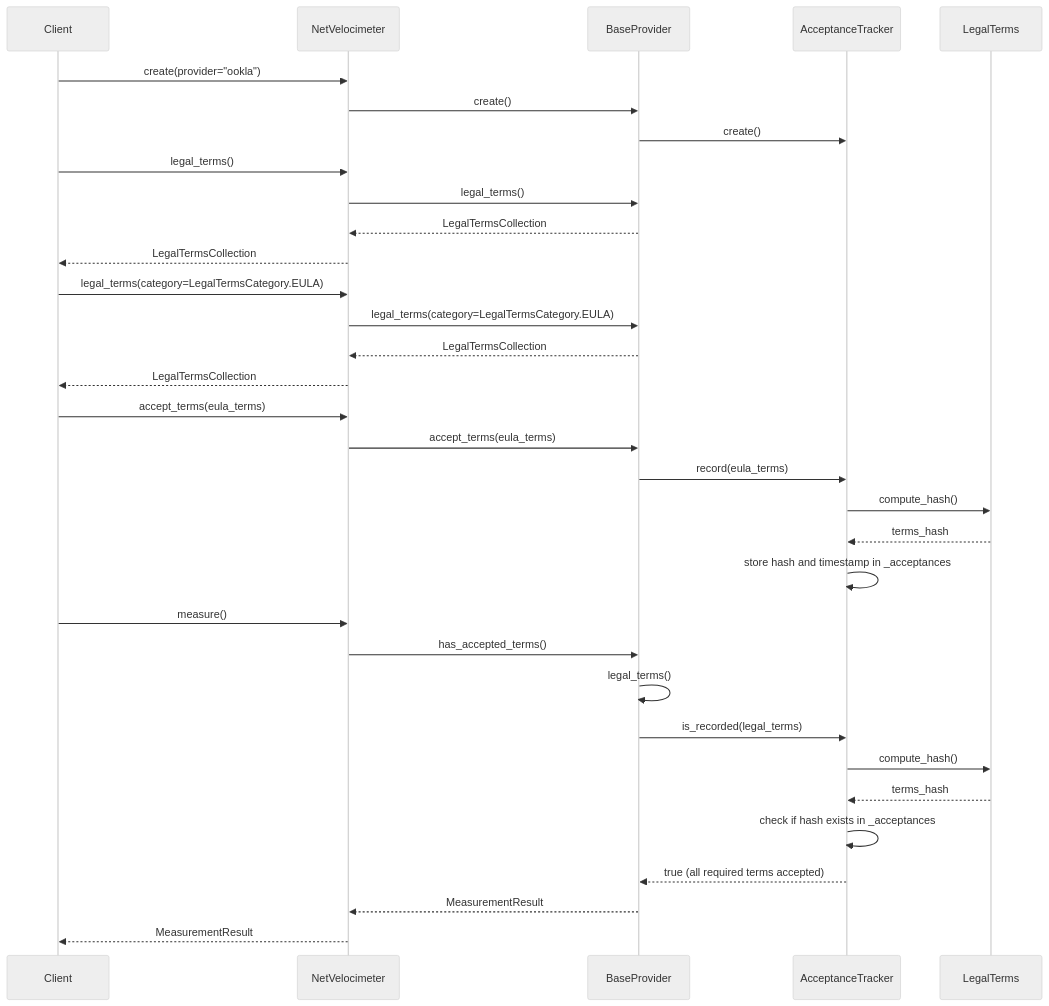
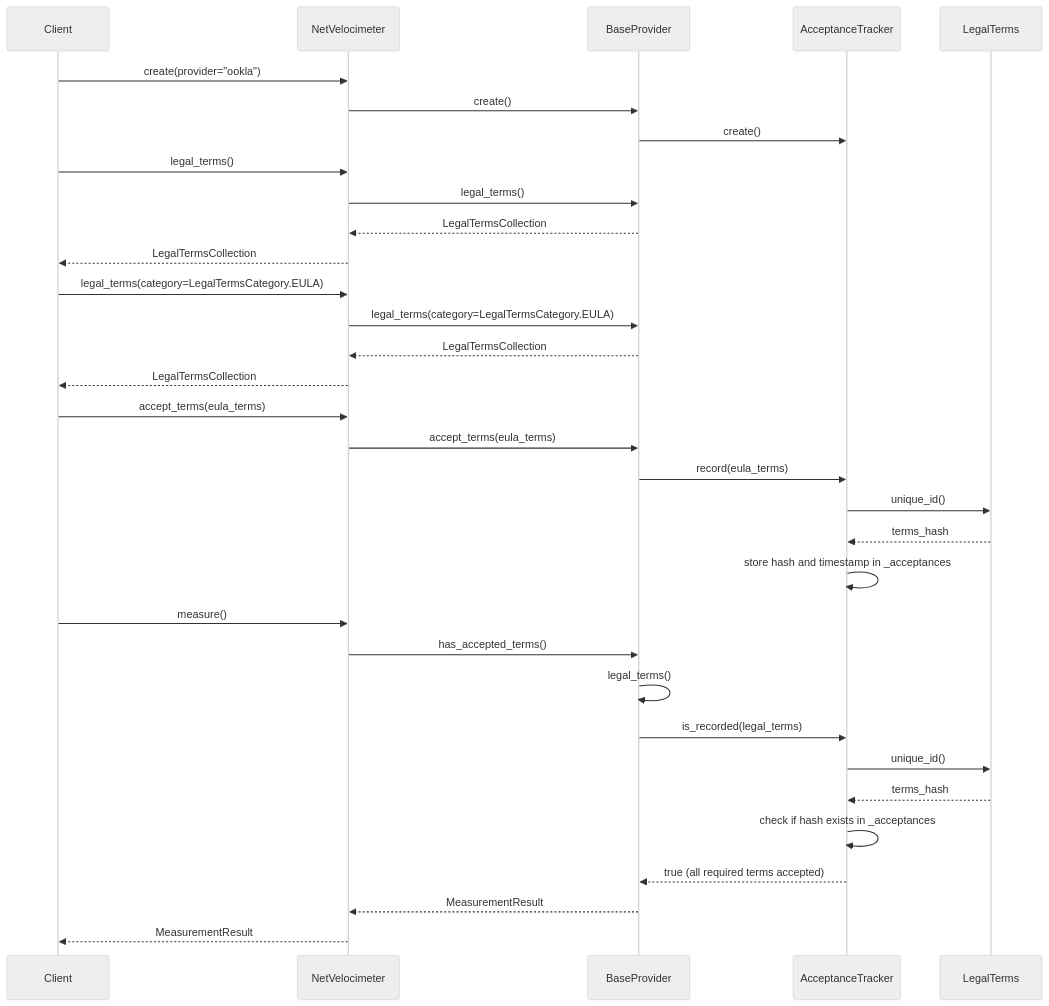
The third of 3 diagrams in docs/models.md (diablodale/netvelocimeter), drawn with Mermaid (neutral theme) before and after one commit. The commit also changed other lines of this file and 14 other files, not shown here.

First line of the commit message:
implement persistence for legal terms acceptance

````diff
--- a/docs/models.md
+++ b/docs/models.md
@@ -86,41 +86,41 @@
 ```mermaid
 
 sequenceDiagram
     participant Client
     participant NetVelocimeter
     participant Provider as BaseProvider
     participant Tracker as AcceptanceTracker
 
     Client->>NetVelocimeter: create(provider="ookla")
     NetVelocimeter->>Provider: create()
     Provider->>Tracker: create()
 
     Client->>NetVelocimeter: legal_terms()
     NetVelocimeter->>Provider: legal_terms()
     Provider-->>NetVelocimeter: LegalTermsCollection
     NetVelocimeter-->>Client: LegalTermsCollection
 
     Client->>NetVelocimeter: legal_terms(category=LegalTermsCategory.EULA)
     NetVelocimeter->>Provider: legal_terms(category=LegalTermsCategory.EULA)
     Provider-->>NetVelocimeter: LegalTermsCollection
     NetVelocimeter-->>Client: LegalTermsCollection
 
     Client->>NetVelocimeter: accept_terms(eula_terms)
     NetVelocimeter->>Provider: accept_terms(eula_terms)
     Provider->>Tracker: record(eula_terms)
-    Tracker->>LegalTerms: compute_hash()
+    Tracker->>LegalTerms: unique_id()
     LegalTerms-->>Tracker: terms_hash
     Tracker->>Tracker: store hash and timestamp in _acceptances
 
     Client->>NetVelocimeter: measure()
     NetVelocimeter->>Provider: has_accepted_terms()
     Provider->>Provider: legal_terms()
     Provider->>Tracker: is_recorded(legal_terms)
-    Tracker->>LegalTerms: compute_hash()
+    Tracker->>LegalTerms: unique_id()
     LegalTerms-->>Tracker: terms_hash
     Tracker->>Tracker: check if hash exists in _acceptances
     Tracker-->>Provider: true (all required terms accepted)
     Provider-->>NetVelocimeter: MeasurementResult
     NetVelocimeter-->>Client: MeasurementResult
 
 ```
````
